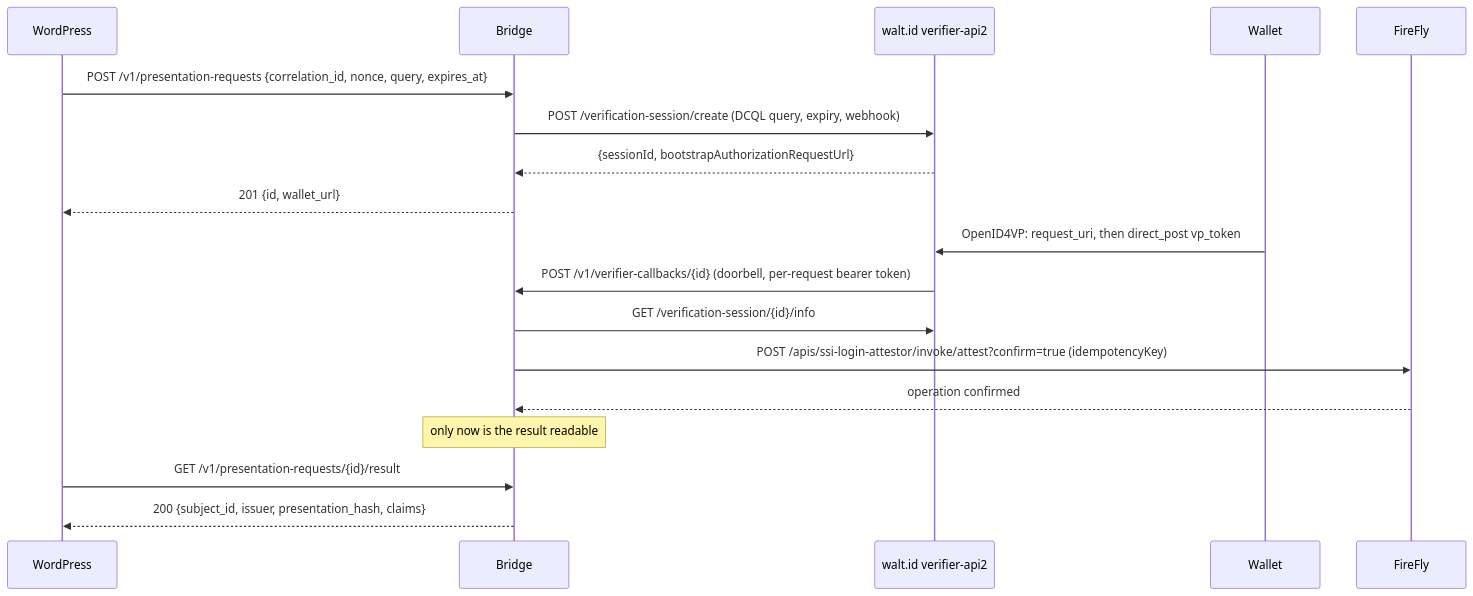
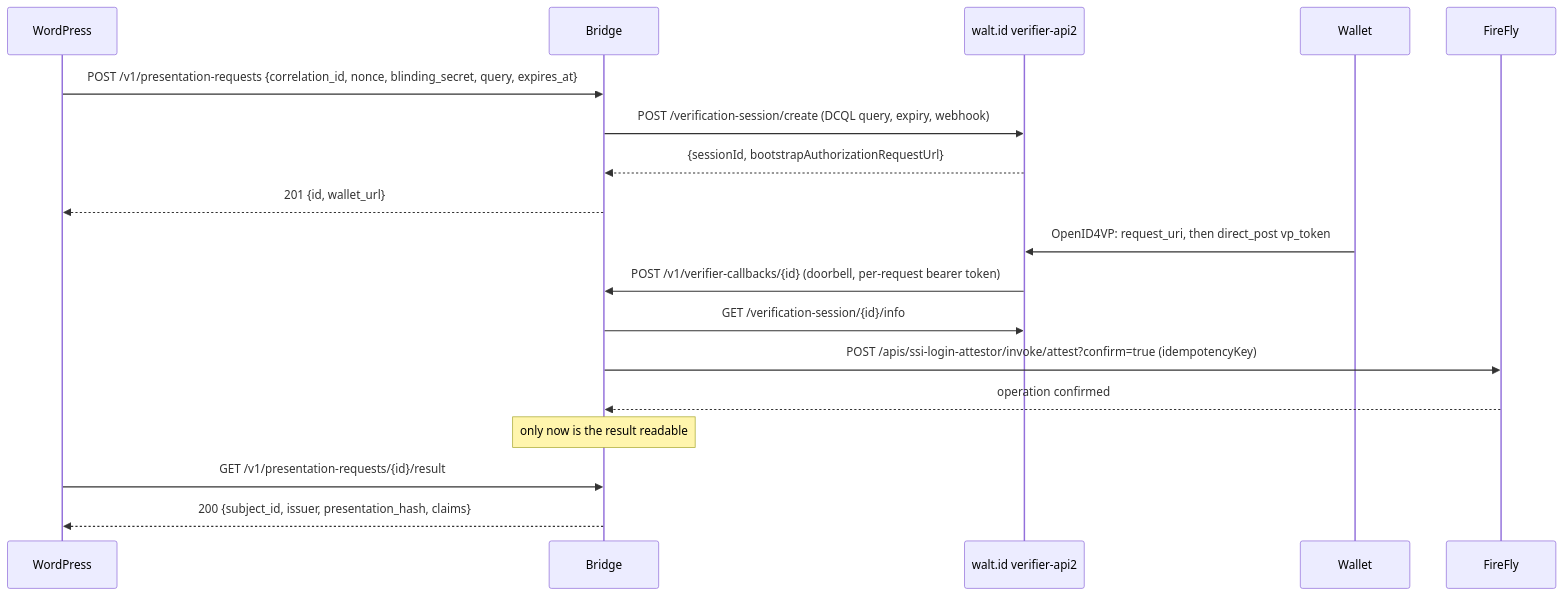
The diagram in bridge/README.md (bloclabs-io/bloclabs-ssi-login), drawn with Mermaid before and after one commit. The commit also changed other lines of this file and 11 other files, not shown here.

````diff
--- a/bridge/README.md
+++ b/bridge/README.md
@@ -9,21 +9,21 @@
 ```mermaid
 sequenceDiagram
     participant WP as WordPress
     participant BR as Bridge
     participant V as walt.id verifier-api2
     participant W as Wallet
     participant FF as FireFly
 
-    WP->>BR: POST /v1/presentation-requests {correlation_id, nonce, query, expires_at}
+    WP->>BR: POST /v1/presentation-requests {correlation_id, nonce, blinding_secret, query, expires_at}
     BR->>V: POST /verification-session/create (DCQL query, expiry, webhook)
     V-->>BR: {sessionId, bootstrapAuthorizationRequestUrl}
     BR-->>WP: 201 {id, wallet_url}
     W->>V: OpenID4VP: request_uri, then direct_post vp_token
     V->>BR: POST /v1/verifier-callbacks/{id} (doorbell, per-request bearer token)
     BR->>V: GET /verification-session/{id}/info
     BR->>FF: POST /apis/ssi-login-attestor/invoke/attest?confirm=true (idempotencyKey)
     FF-->>BR: operation confirmed
     Note over BR: only now is the result readable
     WP->>BR: GET /v1/presentation-requests/{id}/result
     BR-->>WP: 200 {subject_id, issuer, presentation_hash, claims}
 ```
````
